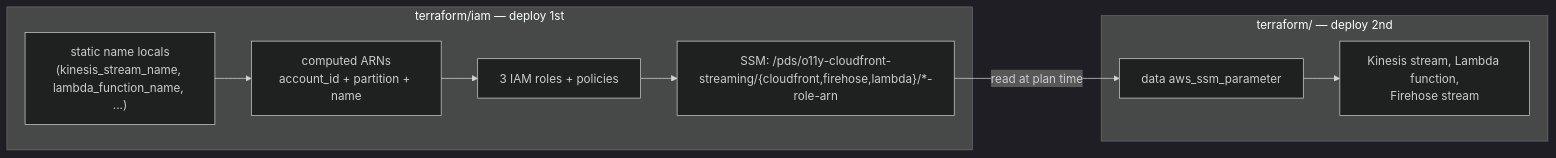
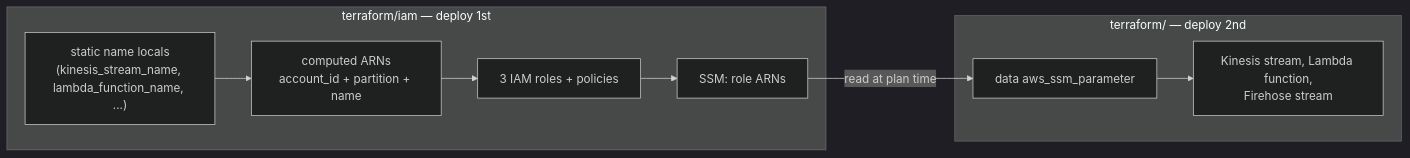
Before and after one commit to NASA-PDS/o11y-cloudfront-streaming: the diagram in terraform/README.md, drawn with Mermaid (dark theme). The commit also changed other lines of this file and 1 other file, not shown here.

````diff
--- a/terraform/README.md
+++ b/terraform/README.md
@@ -28,18 +28,18 @@
 ```mermaid
 flowchart LR
     subgraph iam["terraform/iam — deploy 1st"]
         NAMES["static name locals\n(kinesis_stream_name, lambda_function_name, ...)"]
         COMPUTE["computed ARNs\naccount_id + partition + name"]
         ROLES["3 IAM roles + policies"]
         NAMES --> COMPUTE --> ROLES
-        ROLES --> PUB["SSM: /pds/o11y-cloudfront-streaming/{cloudfront,firehose,lambda}/*-role-arn"]
+        ROLES --> PUB["SSM: role ARNs"]
     end
 
     subgraph main["terraform/ — deploy 2nd"]
         SUB["data aws_ssm_parameter"]
         RES["Kinesis stream, Lambda function,\nFirehose stream"]
         SUB --> RES
     end
 
     PUB -->|"read at plan time"| SUB
 ```
````
